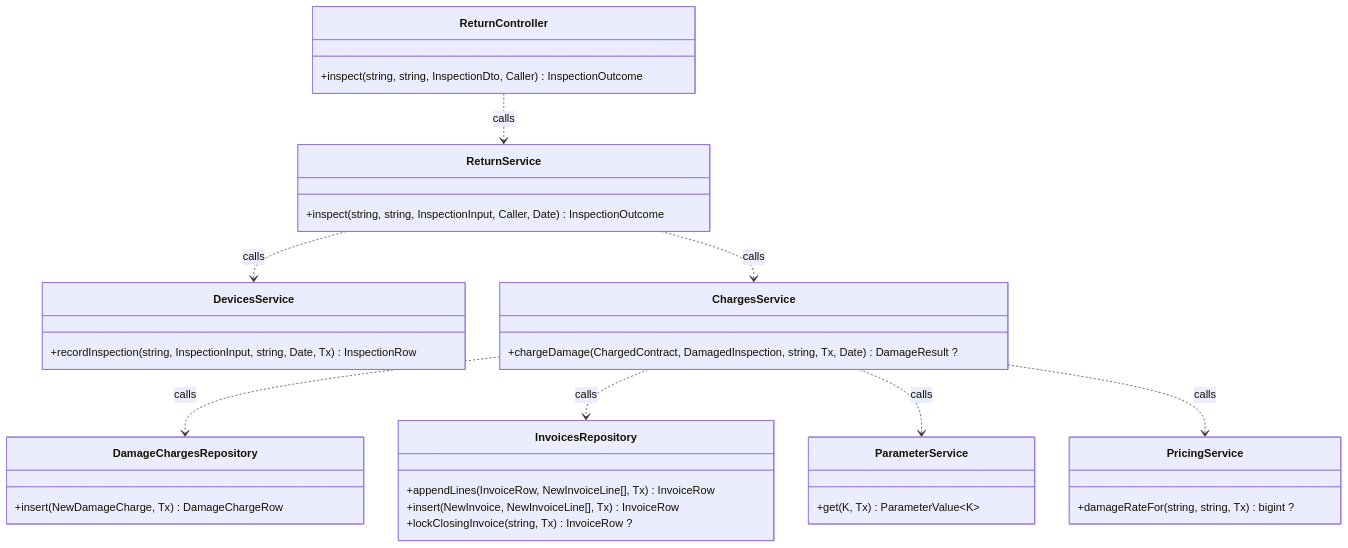
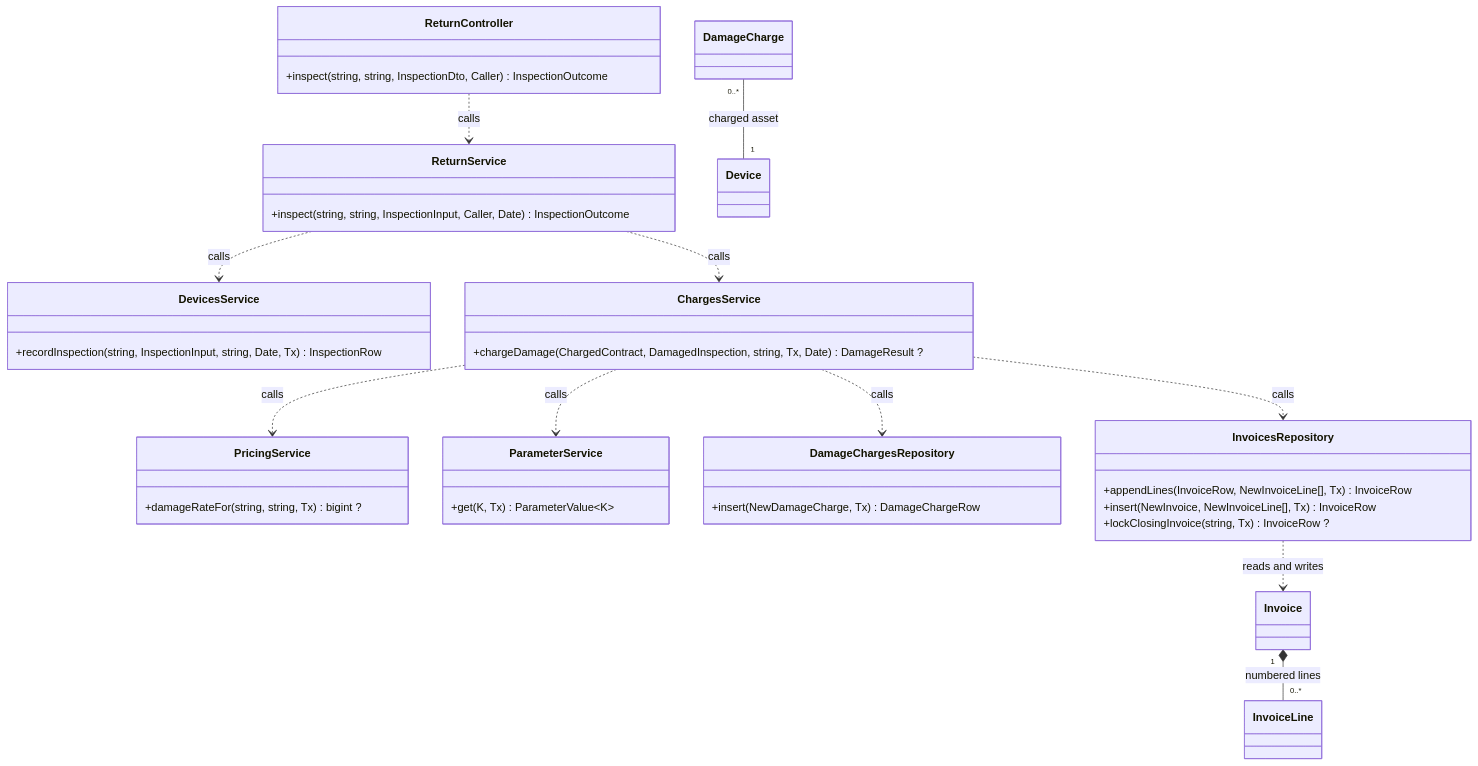
One commit to TrekLink-Team/treklink-web changed the ninth of 18 diagrams in specs/billing/design.md. Above: the diagram before and after it, drawn with Mermaid. The commit also changed other lines of this file and 7 other files, not shown here.

First line of the commit message:
docs: add code-backed UML class relations and split views

````diff
--- a/specs/billing/design.md
+++ b/specs/billing/design.md
@@ -409,37 +457,50 @@
 ```mermaid
 classDiagram
     direction TB
     class ReturnController {
         +inspect(string, string, InspectionDto, Caller) InspectionOutcome
     }
     class ReturnService {
         +inspect(string, string, InspectionInput, Caller, Date) InspectionOutcome
     }
     class DevicesService {
         +recordInspection(string, InspectionInput, string, Date, Tx) InspectionRow
     }
     class ChargesService {
         +chargeDamage(ChargedContract, DamagedInspection, string, Tx, Date) DamageResult ?
     }
     class PricingService {
         +damageRateFor(string, string, Tx) bigint ?
     }
     class ParameterService {
         +get(K, Tx) ParameterValue~K~
     }
     class DamageChargesRepository {
         +insert(NewDamageCharge, Tx) DamageChargeRow
     }
     class InvoicesRepository {
         +appendLines(InvoiceRow, NewInvoiceLine[], Tx) InvoiceRow
         +insert(NewInvoice, NewInvoiceLine[], Tx) InvoiceRow
         +lockClosingInvoice(string, Tx) InvoiceRow ?
     }
     ChargesService ..> DamageChargesRepository : calls
     ChargesService ..> InvoicesRepository : calls
     ChargesService ..> ParameterService : calls
     ChargesService ..> PricingService : calls
     ReturnController ..> ReturnService : calls
     ReturnService ..> ChargesService : calls
     ReturnService ..> DevicesService : calls
+
+    class Invoice
+    class InvoiceLine
+    class DamageCharge
+    class Device
+    %% backend/prisma/schema.prisma:1500-1527; exclusive invoice-scoped seq; backend/src/modules/billing/invoices.repository.ts:129-145,175-187; created under one invoice and never reparented. Restrict, not Cascade.
+    Invoice "1" *-- "0..*" InvoiceLine : numbered lines
+    %% backend/src/modules/billing/invoices.repository.ts:123-145; owns invoice persistence.
+    InvoicesRepository ..> Invoice : reads and writes
+    %% backend/prisma/schema.prisma:1566-1575; a charge refers to an independently retained asset, not its lifetime.
+    DamageCharge "0..*" -- "1" Device : charged asset
+    %% sdd-view: operations | ReturnController,ReturnService,DevicesService,ChargesService,PricingService,ParameterService,DamageChargesRepository,InvoicesRepository
+    %% sdd-view: domain relations | Invoice,InvoiceLine,DamageCharge,Device
 ```
````
